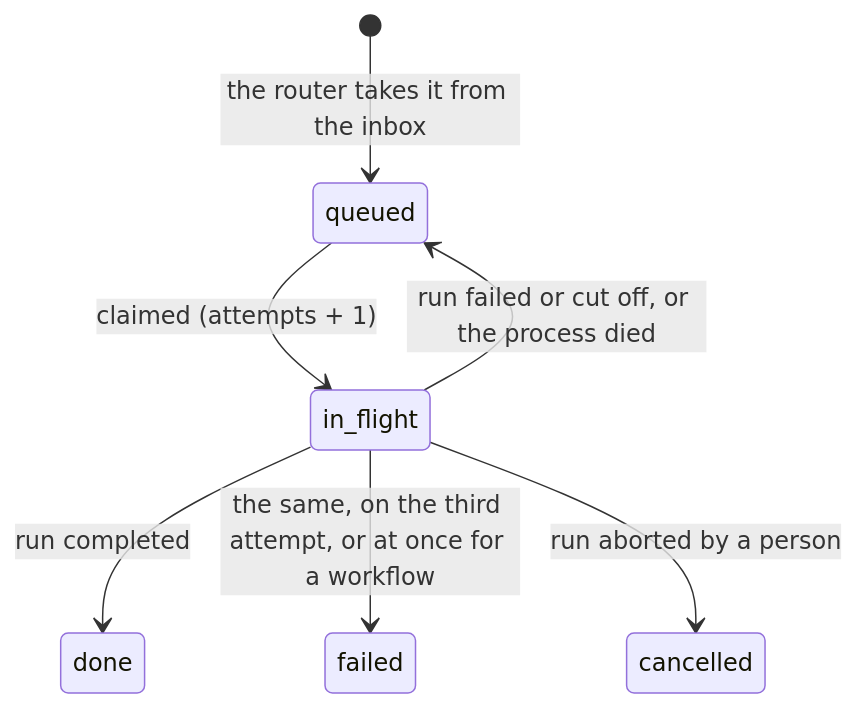
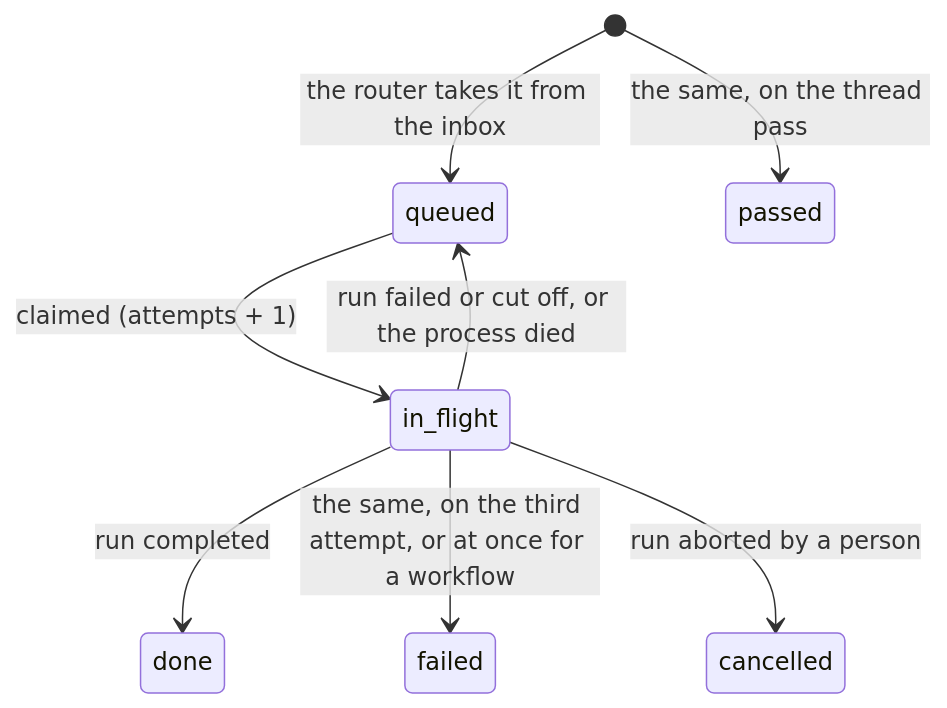
The diagram in docs/architecture/agent-runtime/events/README.md (cognisphere-sh/agent-x), drawn with Mermaid before and after one commit. The commit also changed other lines of this file and 42 other files, not shown here.

````diff
--- a/docs/architecture/agent-runtime/events/README.md
+++ b/docs/architecture/agent-runtime/events/README.md
@@ -70,9 +71,10 @@
 ```mermaid
 stateDiagram-v2
   [*] --> queued: the router takes it from the inbox
+  [*] --> passed: the same, on the thread pass
   queued --> in_flight: claimed (attempts + 1)
   in_flight --> done: run completed
   in_flight --> queued: run failed or cut off, or the process died
   in_flight --> failed: the same, on the third attempt, or at once for a workflow
   in_flight --> cancelled: run aborted by a person
 ```
````
